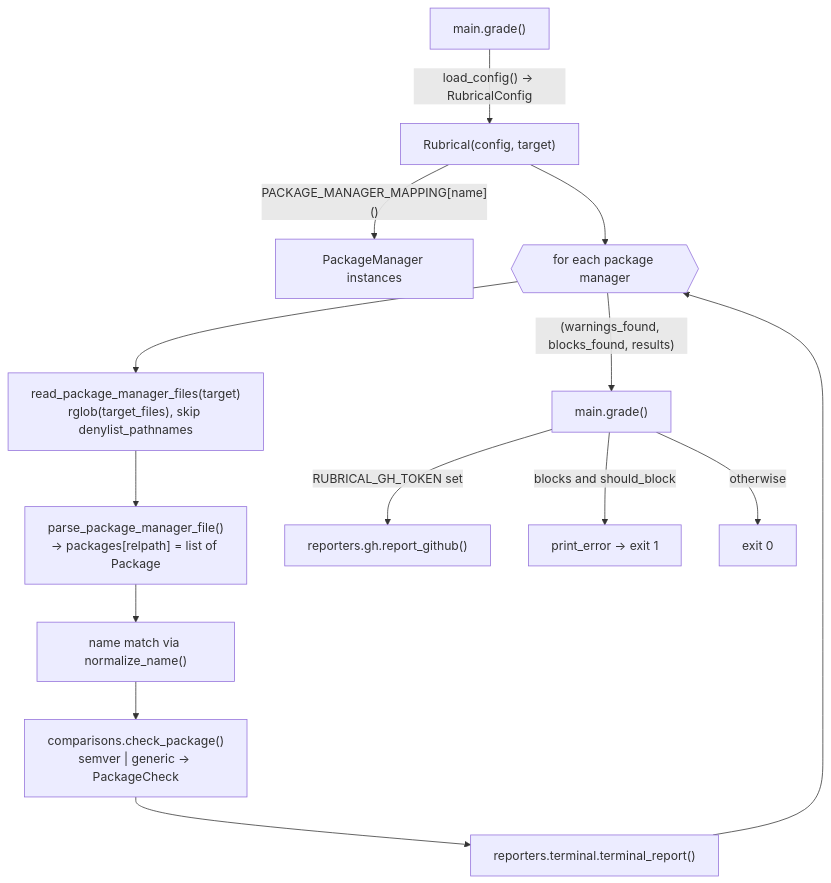
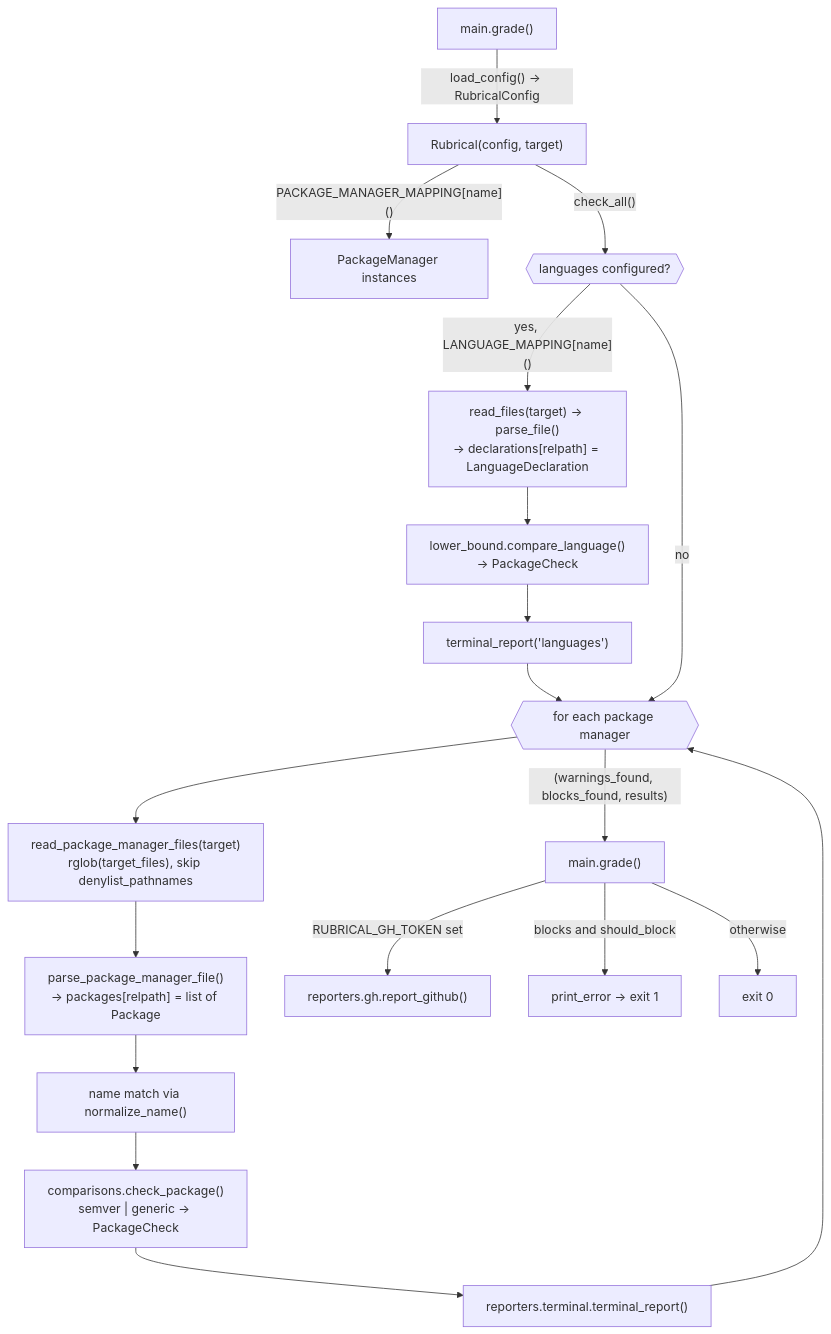
Before and after one commit to ivanklee86/rubrical: the diagram in docs/agents/internals.md, drawn with Mermaid. The commit also changed other lines of this file and 50 other files, not shown here.

First line of the commit message:
Check declared language versions (#549)

````diff
--- a/docs/agents/internals.md
+++ b/docs/agents/internals.md
@@ -22,16 +24,21 @@
 ```mermaid
 flowchart TD
     CLI["main.grade()"] -->|"load_config() → RubricalConfig"| R["Rubrical(config, target)"]
     R -->|"PACKAGE_MANAGER_MAPPING[name]()"| PM["PackageManager instances"]
-    R --> LOOP{{"for each package manager"}}
+    R -->|"check_all()"| LANG{{"languages configured?"}}
+    LANG -->|"yes, LANGUAGE_MAPPING[name]()"| LREAD["read_files(target) → parse_file()<br/>→ declarations[relpath] = LanguageDeclaration"]
+    LREAD --> LCMP["lower_bound.compare_language()<br/>→ PackageCheck"]
+    LCMP --> LTERM["terminal_report('languages')"]
+    LTERM --> LOOP
+    LANG -->|"no"| LOOP{{"for each package manager"}}
     LOOP --> READ["read_package_manager_files(target)<br/>rglob(target_files), skip denylist_pathnames"]
     READ --> PARSE["parse_package_manager_file()<br/>→ packages[relpath] = list of Package"]
     PARSE --> MATCH["name match via normalize_name()"]
     MATCH --> CMP["comparisons.check_package()<br/>semver | generic → PackageCheck"]
     CMP --> TERM["reporters.terminal.terminal_report()"]
     TERM --> LOOP
     LOOP -->|"(warnings_found, blocks_found, results)"| CLI2["main.grade()"]
     CLI2 -->|"RUBRICAL_GH_TOKEN set"| GH["reporters.gh.report_github()"]
     CLI2 -->|"blocks and should_block"| EXIT1["print_error → exit 1"]
     CLI2 -->|"otherwise"| EXIT0["exit 0"]
 ```
````
